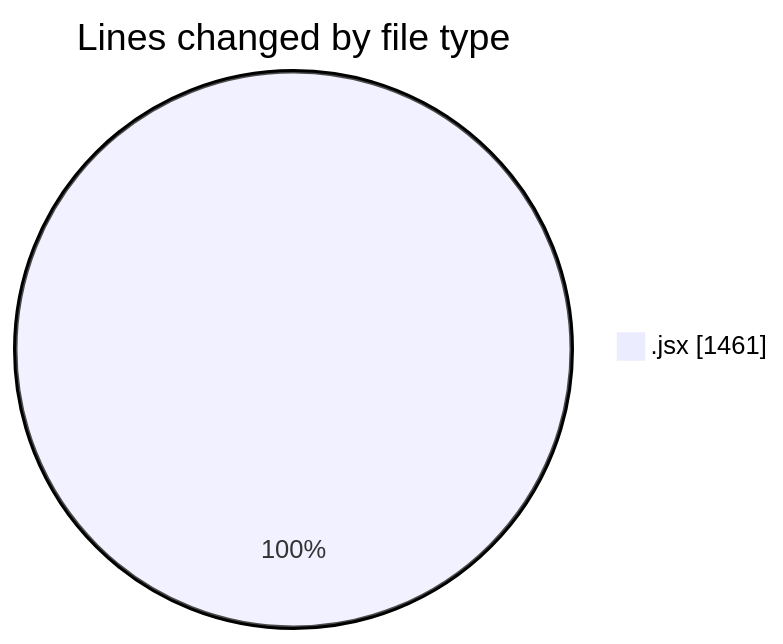
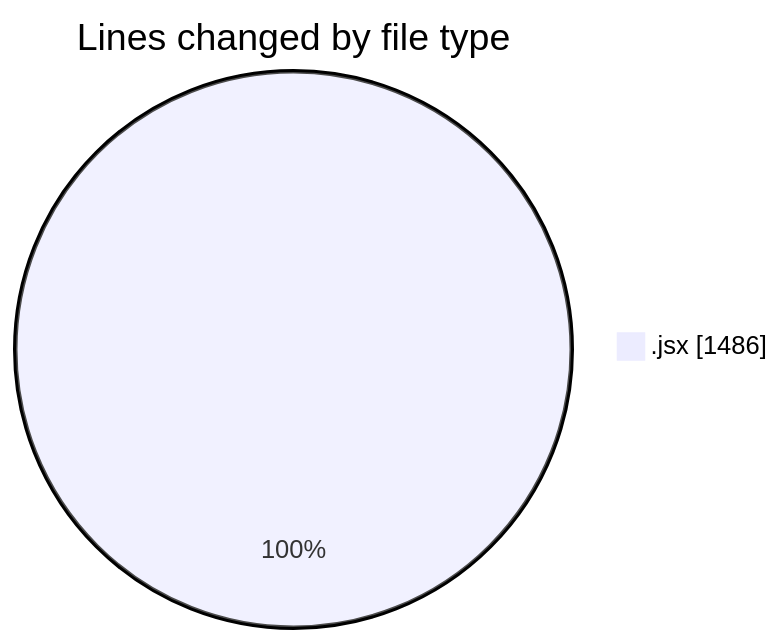
The first of 2 diagrams in 2025-08-22/nxtqube_webapp/README.md (nxtqubesakshisongat/code-tracking), drawn with Mermaid before and after one commit. The commit also changed other lines of this file and 1 other file, not shown here.

````diff
--- a/2025-08-22/nxtqube_webapp/README.md
+++ b/2025-08-22/nxtqube_webapp/README.md
@@ -20,5 +20,5 @@
 ```mermaid
 pie showData
 title Lines changed by file type
-".jsx" : 1461
+".jsx" : 1486
 ```
````
